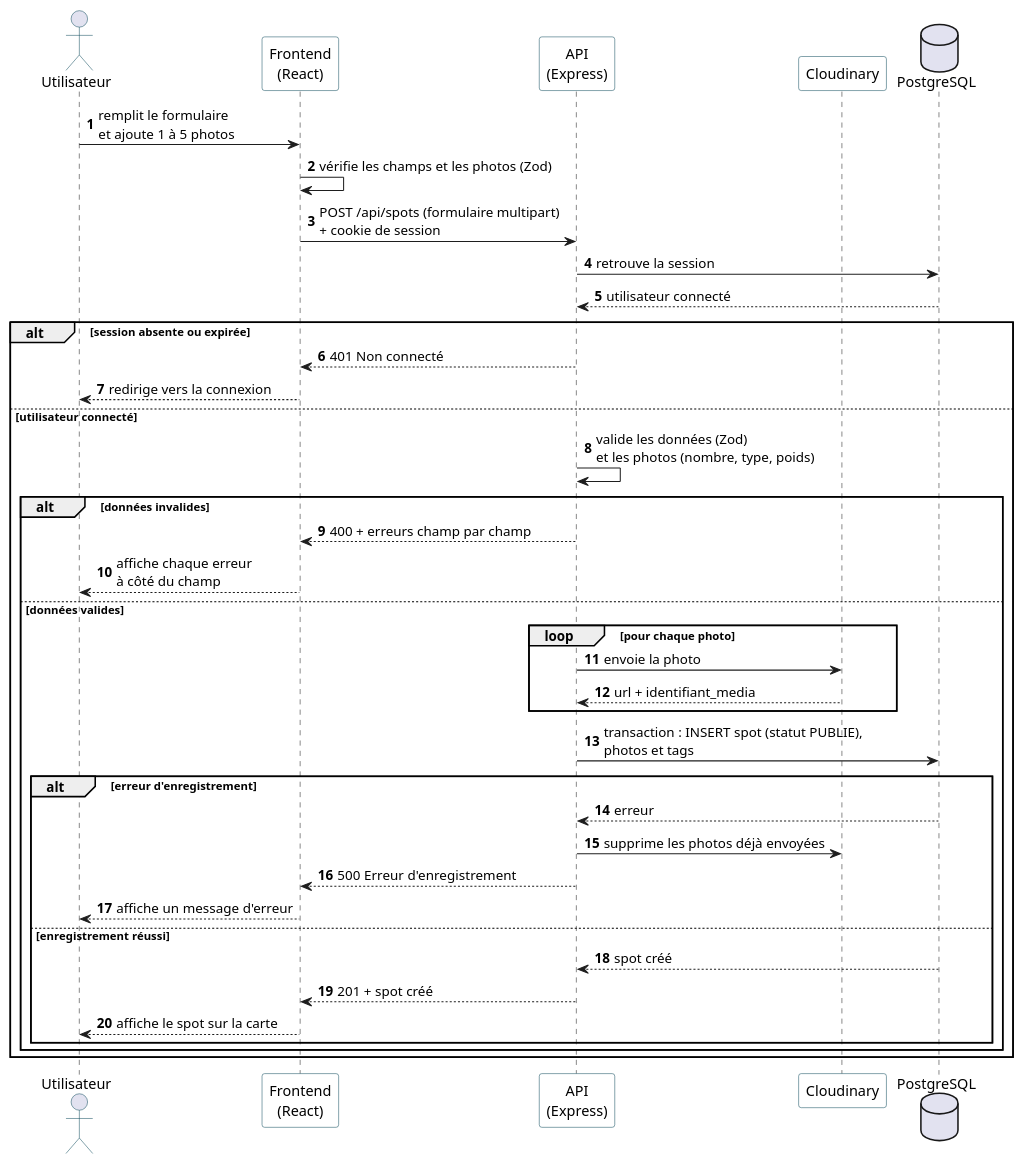
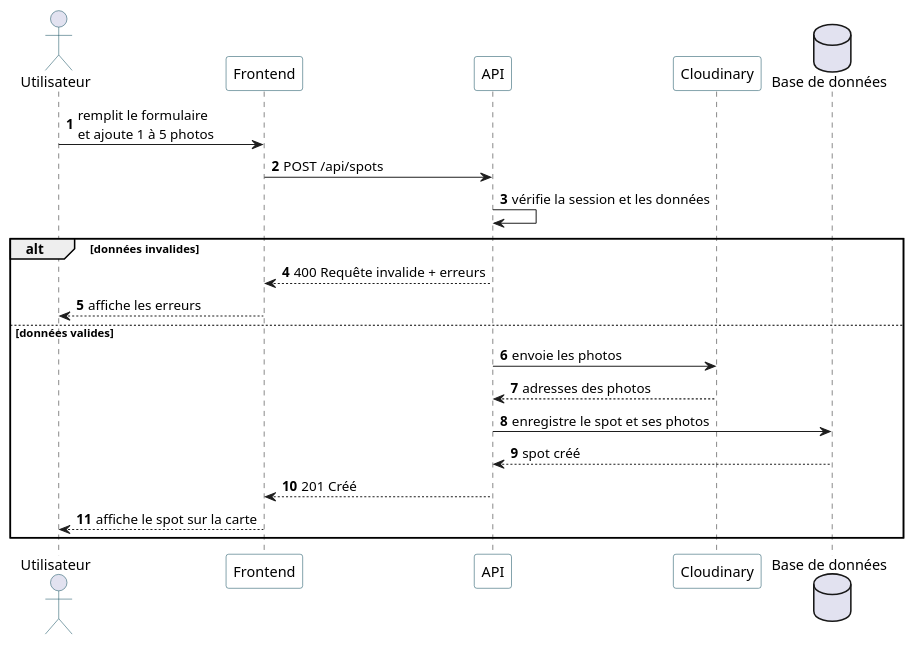
Before and after one commit to Lafuente-Nicolas/SpotLy-fil-rouge: the diagram in docs/uml/sequence-creer-spot.puml, drawn with PlantUML. The commit also changed 4 other files, not shown here.

First line of the commit message:
docs(uml): simplifier les diagrammes de séquence

```diff
--- a/docs/uml/sequence-creer-spot.puml
+++ b/docs/uml/sequence-creer-spot.puml
@@ -1,50 +1,32 @@
 @startuml sequence-creer-spot
 ' Diagramme de séquence : créer un spot (US-07)
 skinparam shadowing false
 skinparam defaultFontName Arial
-skinparam sequenceMessageAlign left
 skinparam ParticipantBorderColor #0F4C5C
 skinparam ParticipantBackgroundColor #FFFFFF
 skinparam ActorBorderColor #0F4C5C
 skinparam ArrowColor #1E1E1E
 autonumber
 
 actor "Utilisateur" as U
-participant "Frontend\n(React)" as F
-participant "API\n(Express)" as A
+participant "Frontend" as F
+participant "API" as A
 participant "Cloudinary" as C
-database "PostgreSQL" as B
+database "Base de données" as B
 
 U -> F : remplit le formulaire\net ajoute 1 à 5 photos
-F -> F : vérifie les champs et les photos (Zod)
-F -> A : POST /api/spots (formulaire multipart)\n+ cookie de session
-A -> B : retrouve la session
-B --> A : utilisateur connecté
+F -> A : POST /api/spots
+A -> A : vérifie la session et les données
 
-alt session absente ou expirée
-  A --> F : 401 Non connecté
-  F --> U : redirige vers la connexion
-else utilisateur connecté
-  A -> A : valide les données (Zod)\net les photos (nombre, type, poids)
-  alt données invalides
-    A --> F : 400 + erreurs champ par champ
-    F --> U : affiche chaque erreur\nà côté du champ
-  else données valides
-    loop pour chaque photo
-      A -> C : envoie la photo
-      C --> A : url + identifiant_media
-    end
-    A -> B : transaction : INSERT spot (statut PUBLIE),\nphotos et tags
-    alt erreur d'enregistrement
-      B --> A : erreur
-      A -> C : supprime les photos déjà envoyées
-      A --> F : 500 Erreur d'enregistrement
-      F --> U : affiche un message d'erreur
-    else enregistrement réussi
-      B --> A : spot créé
-      A --> F : 201 + spot créé
-      F --> U : affiche le spot sur la carte
-    end
-  end
+alt données invalides
+  A --> F : 400 Requête invalide + erreurs
+  F --> U : affiche les erreurs
+else données valides
+  A -> C : envoie les photos
+  C --> A : adresses des photos
+  A -> B : enregistre le spot et ses photos
+  B --> A : spot créé
+  A --> F : 201 Créé
+  F --> U : affiche le spot sur la carte
 end
 @enduml
```
